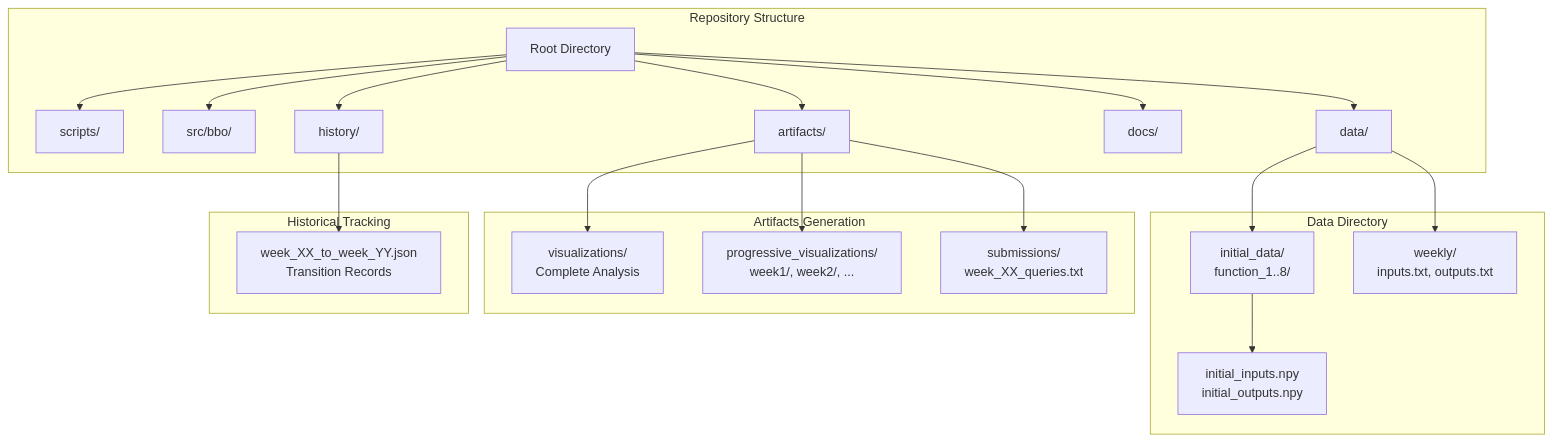
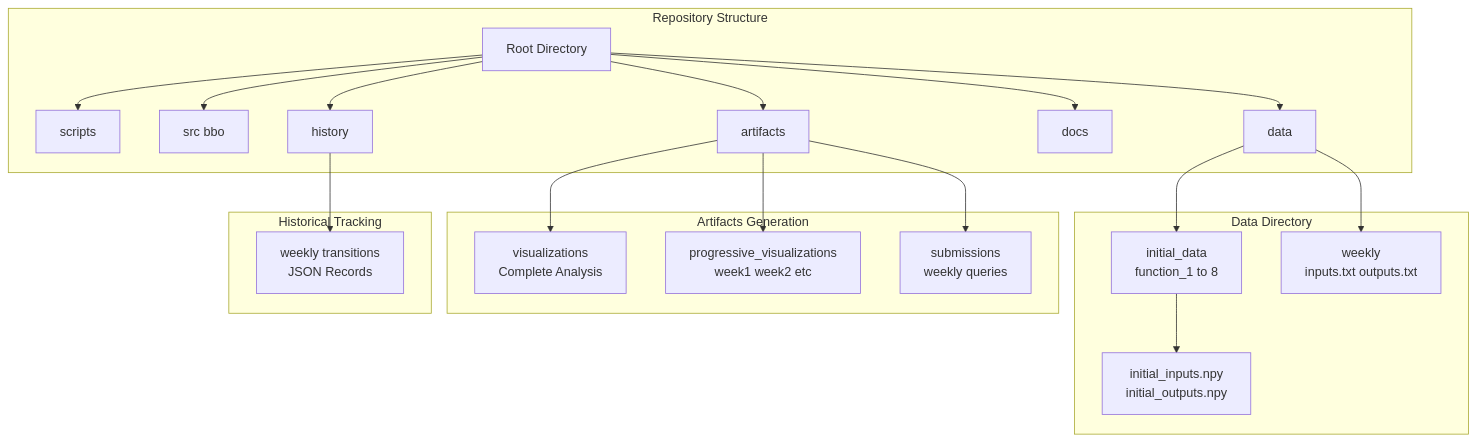
One commit to prasangasam/ml-ai-capstone-project changed the fifth of 5 diagrams in docs/architecture.md. Above: the diagram before and after it, drawn with Mermaid. The commit also changed other lines of this file, not shown here.

Commit message:
Clean up mermaid labels in architecture doc
Update docs/architecture.md mermaid diagrams to improve readability and rendering. Removed HTML <br/> tags, normalized directory/path labels (removed trailing slashes and slashes in names), simplified some node text (e.g. 'User/Portal' -> 'User Portal'), and removed an explicit implementation detail ('np.float64(...)') from the NumPy scalar node. These changes standardize labels and reduce clutter in the diagrams.

````diff
--- a/docs/architecture.md
+++ b/docs/architecture.md
@@ -143,27 +143,27 @@
 ```mermaid
 graph TD
     subgraph "Repository Structure"
-        A[Root Directory] --> B[scripts/]
-        A --> C[src/bbo/]
-        A --> D[data/]
-        A --> E[artifacts/]
-        A --> F[docs/]
-        A --> G[history/]
+        A[Root Directory] --> B[scripts]
+        A --> C[src bbo]
+        A --> D[data]
+        A --> E[artifacts]
+        A --> F[docs]
+        A --> G[history]
     end
 
     subgraph "Data Directory"
-        D --> H[initial_data/<br/>function_1..8/]
-        D --> I[weekly/<br/>inputs.txt, outputs.txt]
+        D --> H[initial_data<br/>function_1 to 8]
+        D --> I[weekly<br/>inputs.txt outputs.txt]
         H --> J[initial_inputs.npy<br/>initial_outputs.npy]
     end
 
     subgraph "Artifacts Generation"
-        E --> K[visualizations/<br/>Complete Analysis]
-        E --> L[progressive_visualizations/<br/>week1/, week2/, ...]
-        E --> M[submissions/<br/>week_XX_queries.txt]
+        E --> K[visualizations<br/>Complete Analysis]
+        E --> L[progressive_visualizations<br/>week1 week2 etc]
+        E --> M[submissions<br/>weekly queries]
     end
 
     subgraph "Historical Tracking"
-        G --> N[week_XX_to_week_YY.json<br/>Transition Records]
+        G --> N[weekly transitions<br/>JSON Records]
     end
 ```
````
